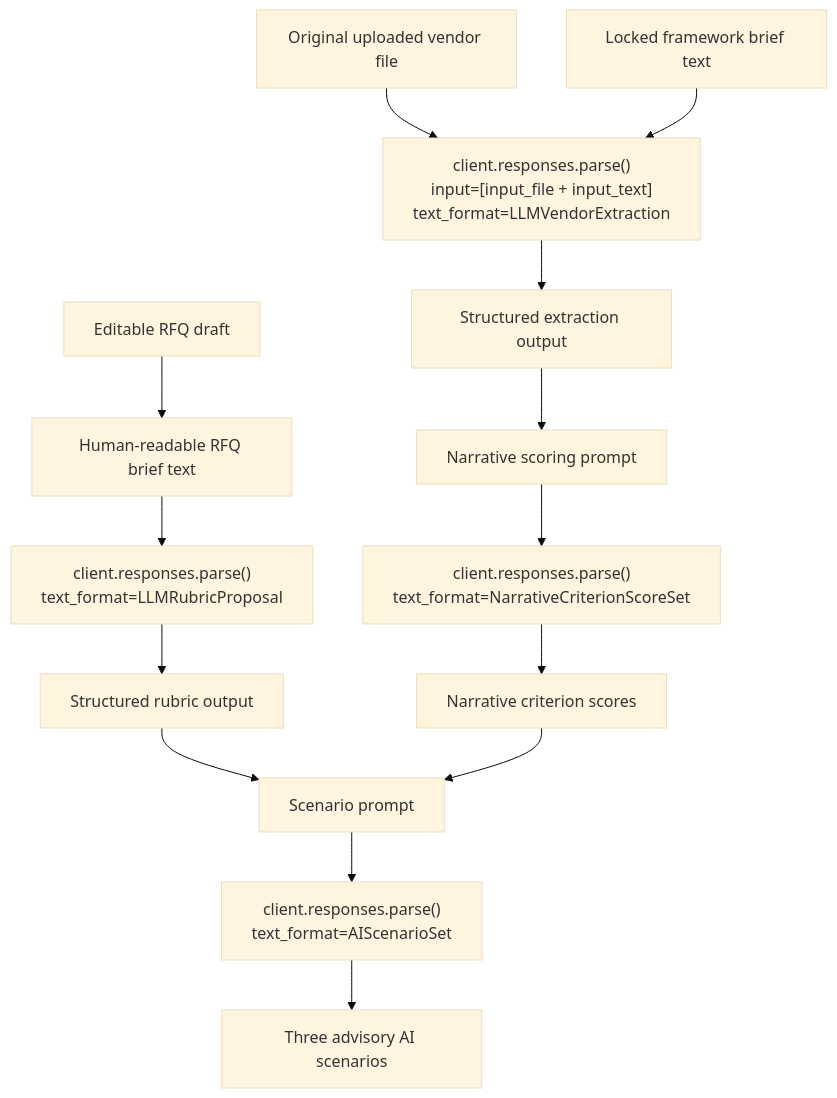
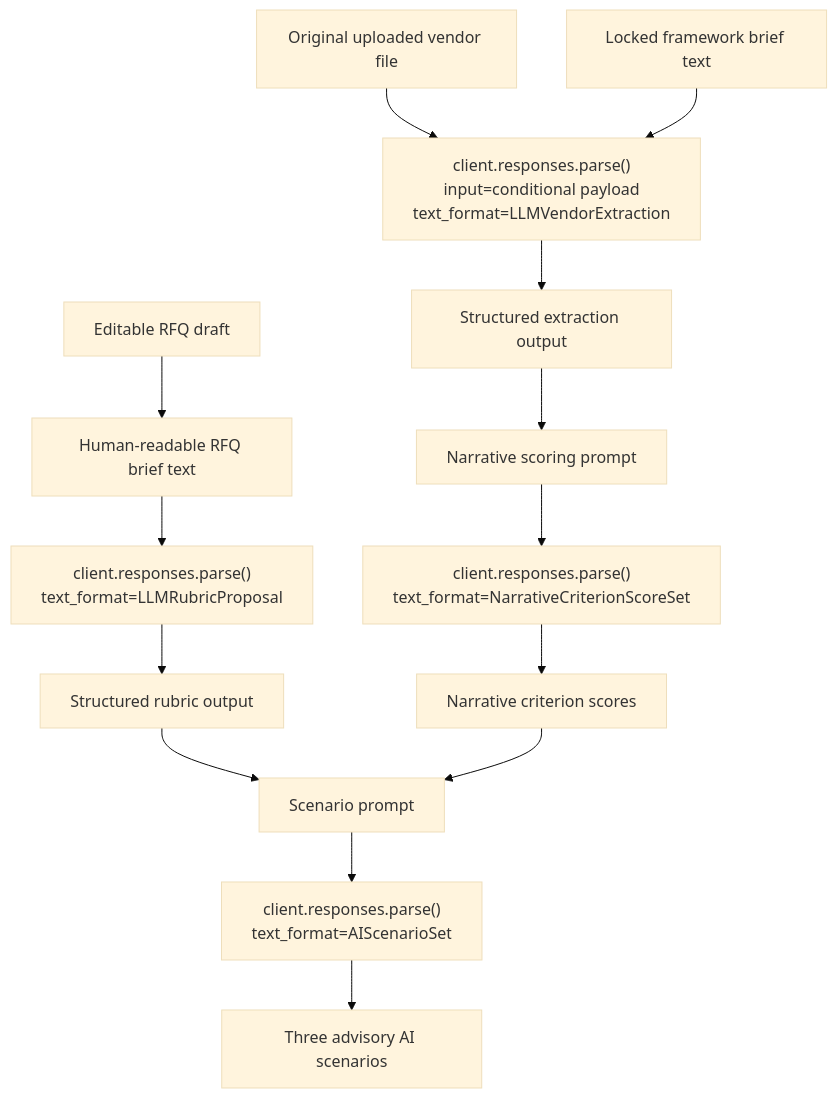
Before and after one commit to architworks/rfq_automation_system: the second of 2 diagrams in tenderlens-docs/docs/technical-appendix/implementation-pipeline.mdx, drawn with Mermaid (base theme). The commit also changed other lines of this file and 19 other files, not shown here.

````diff
--- a/tenderlens-docs/docs/technical-appendix/implementation-pipeline.mdx
+++ b/tenderlens-docs/docs/technical-appendix/implementation-pipeline.mdx
@@ -67,27 +67,27 @@
 ```mermaid
 flowchart TD
     RFQ["Editable RFQ draft"]
     RFQBRIEF["Human-readable RFQ brief text"]
     RUBRICCALL["client.responses.parse()<br/>text_format=LLMRubricProposal"]
     RUBRICOUT["Structured rubric output"]
 
     VFILE["Original uploaded vendor file"]
     FRAMEWORK["Locked framework brief text"]
-    EXTRACTCALL["client.responses.parse()<br/>input=[input_file + input_text]<br/>text_format=LLMVendorExtraction"]
+    EXTRACTCALL["client.responses.parse()<br/>input=conditional payload<br/>text_format=LLMVendorExtraction"]
     EXTRACTOUT["Structured extraction output"]
 
     SCOREINPUT["Narrative scoring prompt"]
     SCORECALL["client.responses.parse()<br/>text_format=NarrativeCriterionScoreSet"]
     SCOREOUT["Narrative criterion scores"]
 
     SCENARIOINPUT["Scenario prompt"]
     SCENARIOCALL["client.responses.parse()<br/>text_format=AIScenarioSet"]
     SCENARIOOUT["Three advisory AI scenarios"]
 
     RFQ --> RFQBRIEF --> RUBRICCALL --> RUBRICOUT
     VFILE --> EXTRACTCALL
     FRAMEWORK --> EXTRACTCALL --> EXTRACTOUT
     EXTRACTOUT --> SCOREINPUT --> SCORECALL --> SCOREOUT
     RUBRICOUT --> SCENARIOINPUT
     SCOREOUT --> SCENARIOINPUT --> SCENARIOCALL --> SCENARIOOUT
 ```
````
